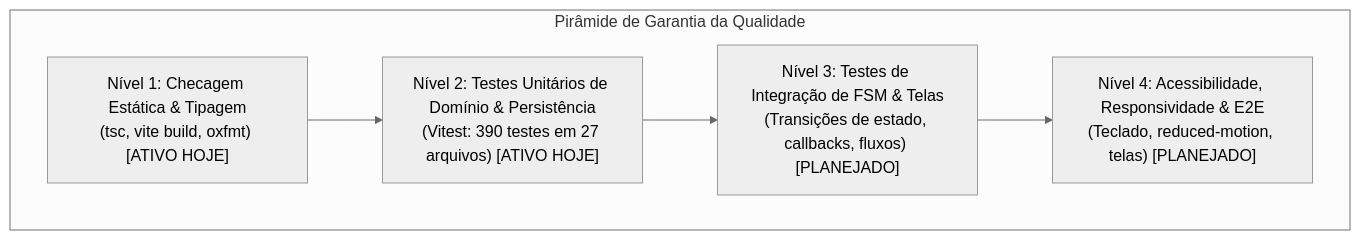
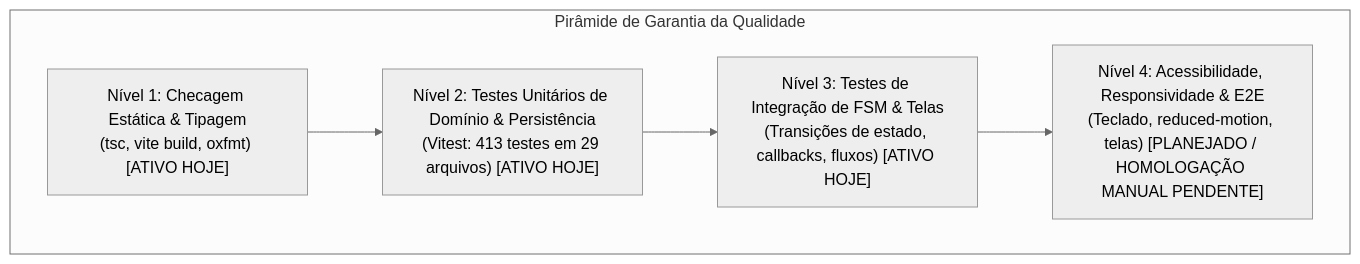
Before and after one commit to MarcosV22/ClickOrder: the diagram in docs/wiki/08-testing-and-quality.md, drawn with Mermaid (neutral theme). The commit also changed other lines of this file and 25 other files, not shown here.

````diff
--- a/docs/wiki/08-testing-and-quality.md
+++ b/docs/wiki/08-testing-and-quality.md
@@ -53,13 +55,13 @@
 ```mermaid
 graph TD
     subgraph Piramide_Qualidade ["Pirâmide de Garantia da Qualidade"]
         N1["Nível 1: Checagem Estática & Tipagem\n(tsc, vite build, oxfmt) [ATIVO HOJE]"]
-        N2["Nível 2: Testes Unitários de Domínio & Persistência\n(Vitest: 390 testes em 27 arquivos) [ATIVO HOJE]"]
-        N3["Nível 3: Testes de Integração de FSM & Telas\n(Transições de estado, callbacks, fluxos) [PLANEJADO]"]
-        N4["Nível 4: Acessibilidade, Responsividade & E2E\n(Teclado, reduced-motion, telas) [PLANEJADO]"]
+        N2["Nível 2: Testes Unitários de Domínio & Persistência\n(Vitest: 413 testes em 29 arquivos) [ATIVO HOJE]"]
+        N3["Nível 3: Testes de Integração de FSM & Telas\n(Transições de estado, callbacks, fluxos) [ATIVO HOJE]"]
+        N4["Nível 4: Acessibilidade, Responsividade & E2E\n(Teclado, reduced-motion, telas) [PLANEJADO / HOMOLOGAÇÃO MANUAL PENDENTE]"]
 
         N1 --> N2
         N2 --> N3
         N3 --> N4
     end
 ```
````
